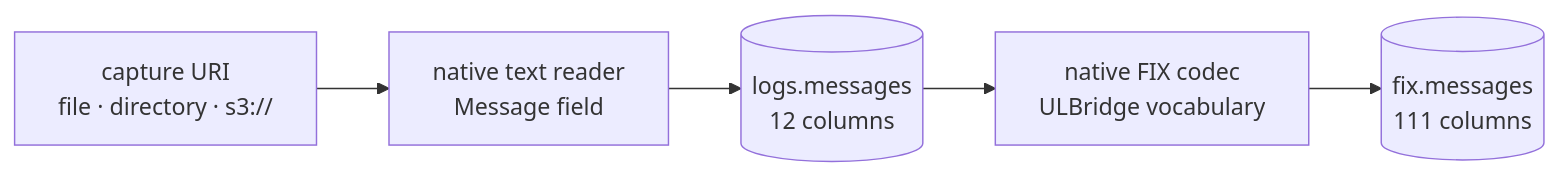
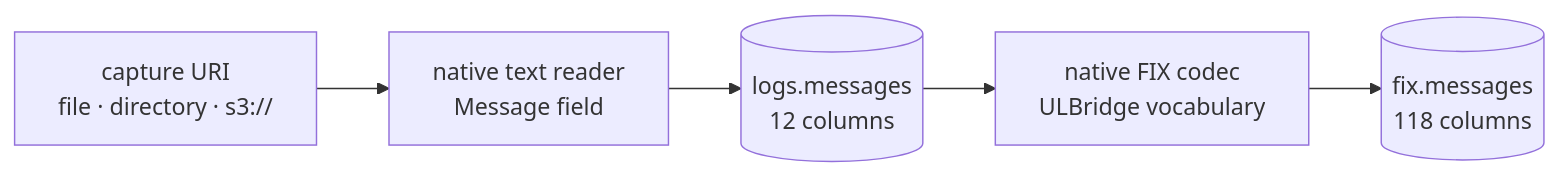
One commit to Platob/yggfin changed the diagram in docs/index.md. Above: the diagram before and after it, drawn with Mermaid. The commit also changed other lines of this file and 1768 other files, not shown here.

````diff
--- a/docs/index.md
+++ b/docs/index.md
@@ -38,7 +38,7 @@
 ```mermaid
 flowchart LR
     S["capture URI<br/>file · directory · s3://"] --> T["native text reader<br/>Message field"]
     T --> M[("logs.messages<br/>12 columns")]
     M --> F["native FIX codec<br/>ULBridge vocabulary"]
-    F --> O[("fix.messages<br/>111 columns")]
+    F --> O[("fix.messages<br/>118 columns")]
 ```
````
